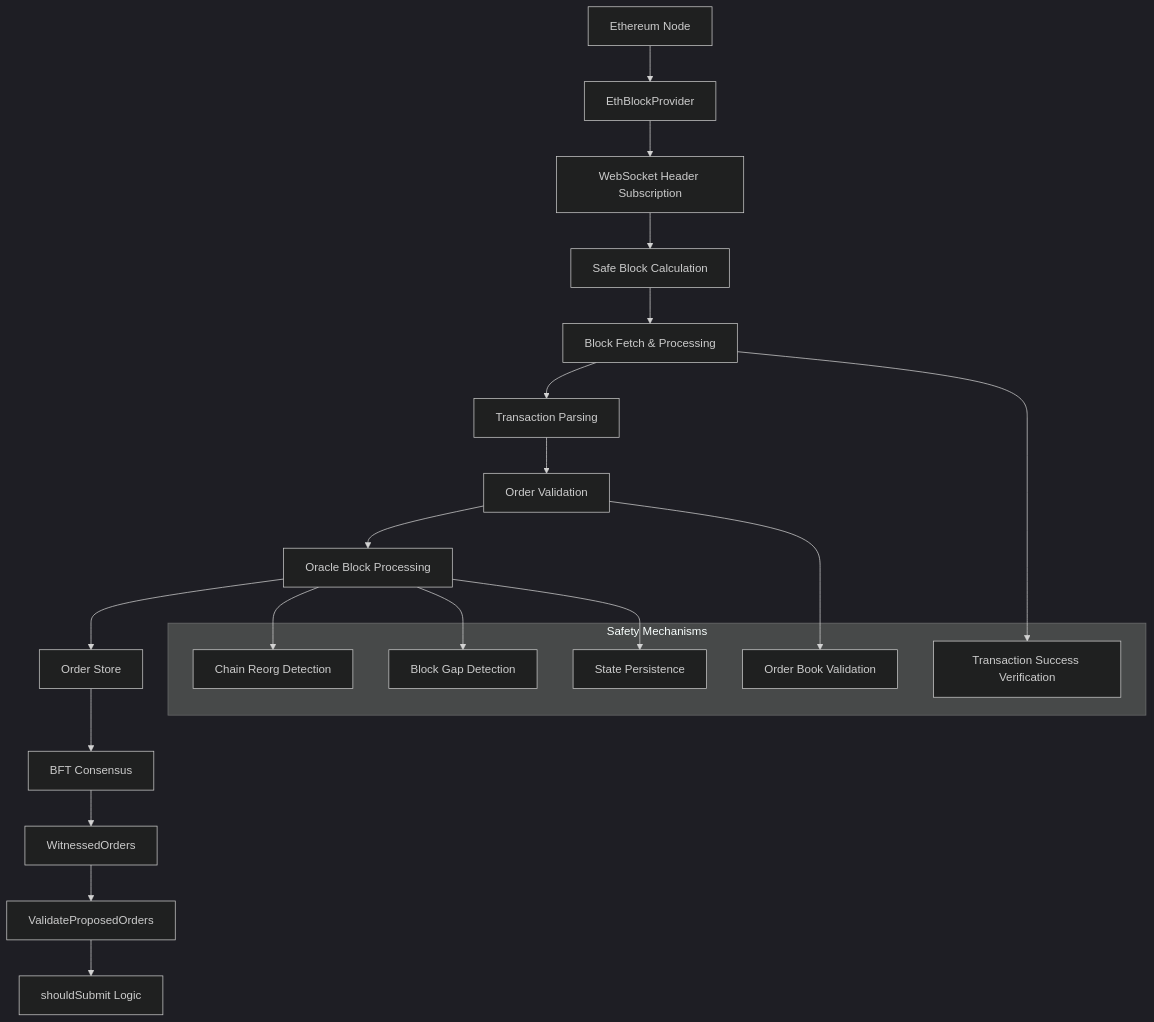
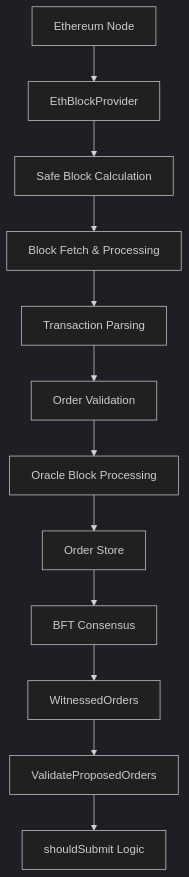
The diagram in cmd/rpc/oracle/ORACLE_FLOW.md (canopy-network/canopy), drawn with Mermaid (dark theme) before and after one commit. The commit also changed 1 other file, not shown here.

````diff
--- a/cmd/rpc/oracle/ORACLE_FLOW.md
+++ b/cmd/rpc/oracle/ORACLE_FLOW.md
@@ -9,29 +9,14 @@
 ```mermaid
 graph TD
-    A[Ethereum Node] --> B[EthBlockProvider]
-    B --> C[WebSocket Header Subscription]
+    A[Ethereum Node] --> C[EthBlockProvider]
     C --> D[Safe Block Calculation]
     D --> E[Block Fetch & Processing]
     E --> F[Transaction Parsing]
     F --> G[Order Validation]
     G --> H[Oracle Block Processing]
     H --> I[Order Store]
     I --> J[BFT Consensus]
     J --> K[WitnessedOrders]
     K --> L[ValidateProposedOrders]
     L --> M[shouldSubmit Logic]
-    
-    subgraph "Safety Mechanisms"
-        N[Chain Reorg Detection]
-        O[Block Gap Detection]
-        P[Transaction Success Verification]
-        Q[Order Book Validation]
-        R[State Persistence]
-    end
-    
-    H --> N
-    H --> O
-    E --> P
-    G --> Q
-    H --> R
 ```
````
